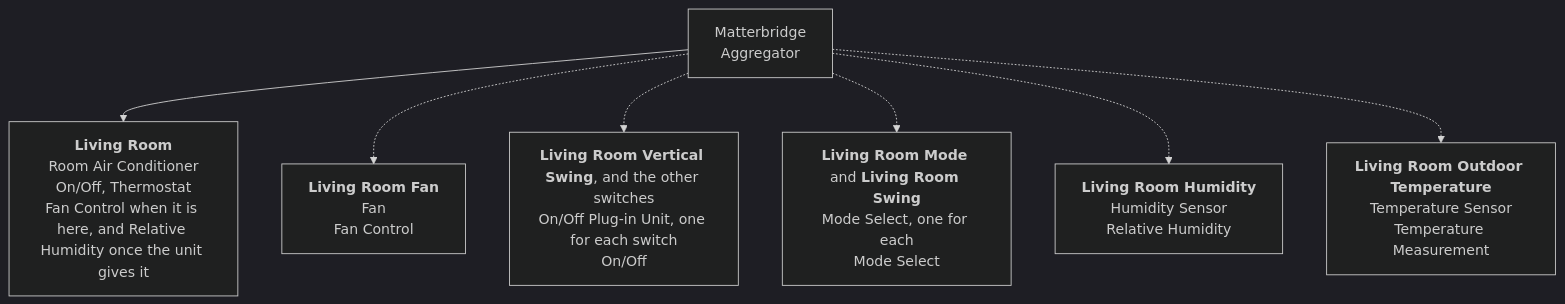
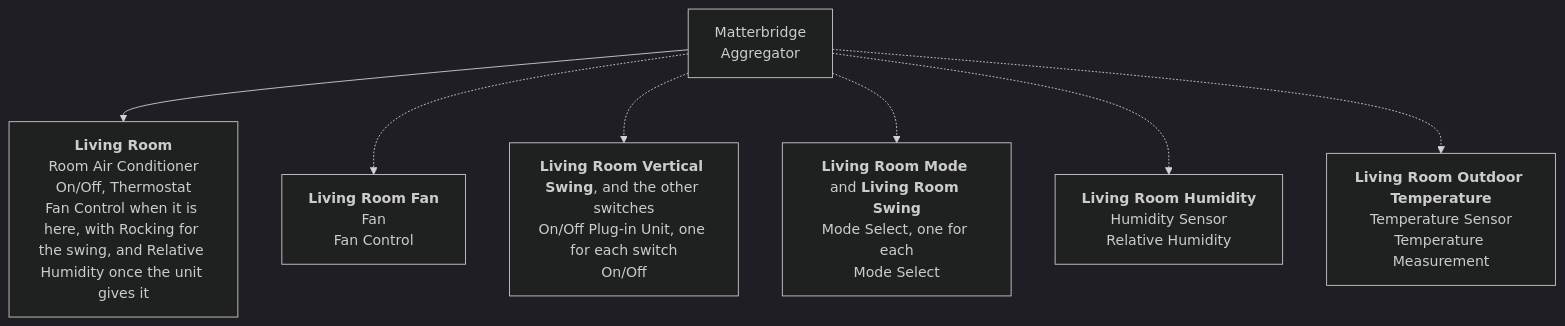
Before and after one commit to cheziyi/matterbridge-daikin-local: the second of 2 diagrams in README.md, drawn with Mermaid (dark theme). The commit also changed other lines of this file and 10 other files, not shown here.

First line of the commit message:
feat(devices): show the swing as the rocking of the fan control, and a fan of its own beside the air conditioner

````diff
--- a/README.md
+++ b/README.md
@@ -267,16 +268,16 @@
 ```mermaid
 flowchart TD
     bridge["Matterbridge<br/>Aggregator"]
-    ac["<b>Living Room</b><br/>Room Air Conditioner<br/>On/Off, Thermostat<br/>Fan Control when it is here, and Relative Humidity once the unit gives it"]
+    ac["<b>Living Room</b><br/>Room Air Conditioner<br/>On/Off, Thermostat<br/>Fan Control when it is here, with Rocking for the swing, and Relative Humidity once the unit gives it"]
     fan["<b>Living Room Fan</b><br/>Fan<br/>Fan Control"]
     switches["<b>Living Room Vertical Swing</b>, and the other switches<br/>On/Off Plug-in Unit, one for each switch<br/>On/Off"]
     selects["<b>Living Room Mode</b> and <b>Living Room Swing</b><br/>Mode Select, one for each<br/>Mode Select"]
     humidity["<b>Living Room Humidity</b><br/>Humidity Sensor<br/>Relative Humidity"]
     outdoor["<b>Living Room Outdoor Temperature</b><br/>Temperature Sensor<br/>Temperature Measurement"]
     bridge --> ac
     bridge -.-> fan
     bridge -.-> switches
     bridge -.-> selects
     bridge -.-> humidity
     bridge -.-> outdoor
 ```
````
